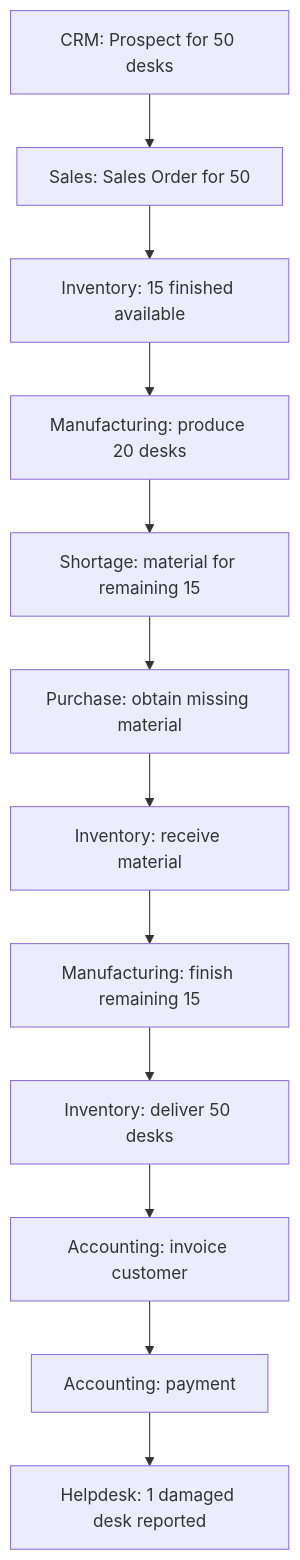
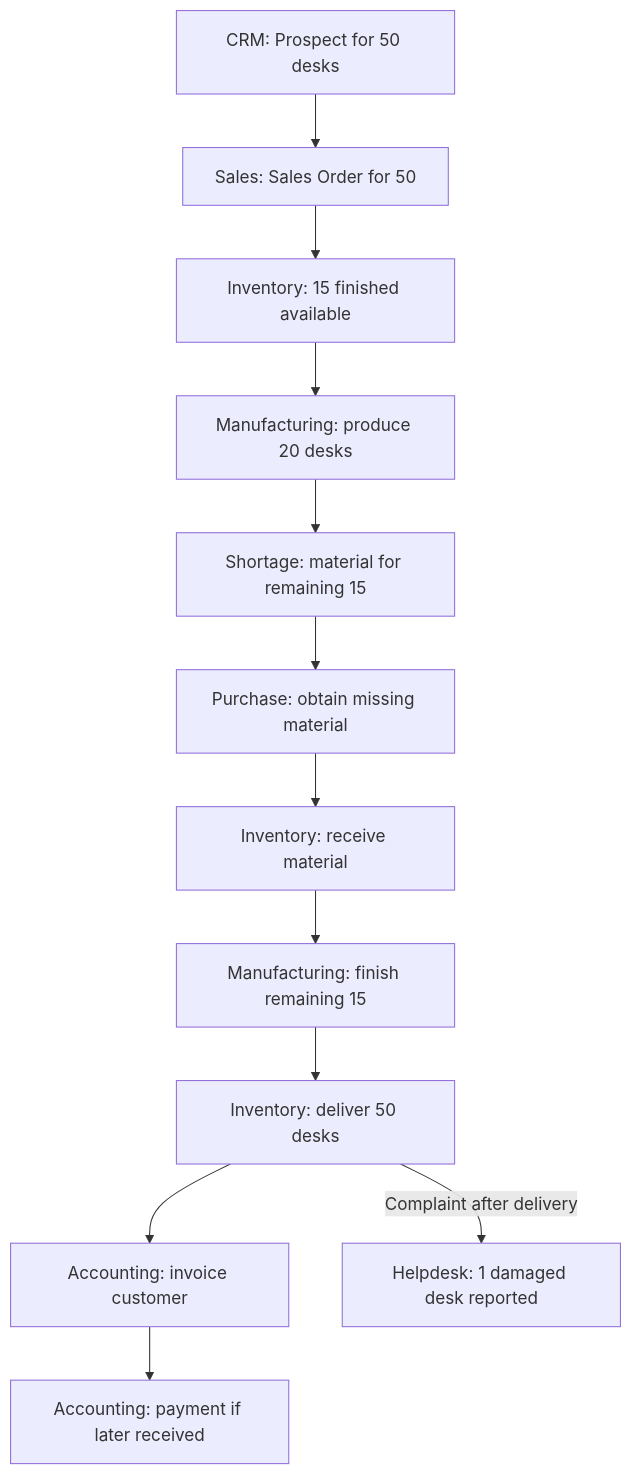
One commit to Bixal99/ODOO changed the diagram in Unit 1/Exercise/Exercise.md. Above: the diagram before and after it, drawn with Mermaid. The commit also changed other lines of this file and 15 other files, not shown here.

````diff
--- a/Unit 1/Exercise/Exercise.md
+++ b/Unit 1/Exercise/Exercise.md
@@ -136,14 +148,14 @@
 ```mermaid
 flowchart TD
     CRM["CRM: Prospect for 50 desks"] --> SAL["Sales: Sales Order for 50"]
     SAL --> INV1["Inventory: 15 finished available"]
     INV1 --> MFG1["Manufacturing: produce 20 desks"]
     MFG1 --> MAT["Shortage: material for remaining 15"]
     MAT --> PUR["Purchase: obtain missing material"]
     PUR --> REC["Inventory: receive material"]
     REC --> MFG2["Manufacturing: finish remaining 15"]
     MFG2 --> DEL["Inventory: deliver 50 desks"]
     DEL --> ACC["Accounting: invoice customer"]
-    ACC --> PAY["Accounting: payment"]
-    PAY --> HD["Helpdesk: 1 damaged desk reported"]
+    ACC --> PAY["Accounting: payment if later received"]
+    DEL -->|"Complaint after delivery"| HD["Helpdesk: 1 damaged desk reported"]
 ```
````
